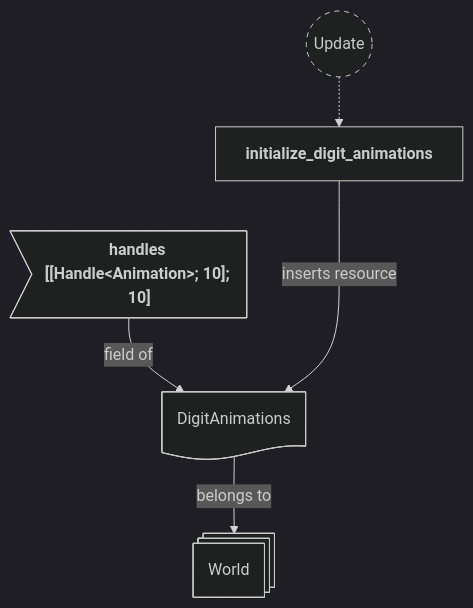
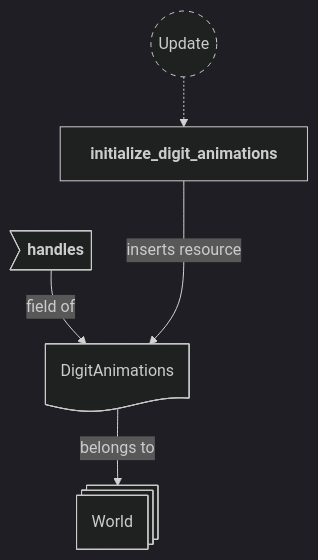
One commit to neurosoup/tyled changed diagram 22 of 26 in backlog/docs/doc-5 - 004-Animations-plugin.md. Above: the diagram before and after it, drawn with Mermaid. The commit also changed other lines of this file, not shown here.

Commit message:
Fix some schema errors

````diff
--- a/backlog/docs/doc-5 - 004-Animations-plugin.md
+++ b/backlog/docs/doc-5 - 004-Animations-plugin.md
@@ -805,24 +805,24 @@
 ```mermaid
 ---
 config:
   theme: dark
 ---
 
 flowchart TD
 classDef system-group stroke-dasharray: 5 5
 
 update(("`Update`")):::system-group
 initialize_digit_animations["`**initialize_digit_animations**`"]
 
 update -.-> initialize_digit_animations
 
 world@{ shape: st-rect, label: "World" }
 digit_anims_res@{ shape: doc, label: "DigitAnimations" }
 
-da_handles>"`**handles #91;#91;Handle#60;Animation#62;; 10#93;; 10#93;**`"]
+da_handles>"`**handles**`"]
 
 digit_anims_res --> |belongs to| world
 da_handles --> |field of| digit_anims_res
 
 initialize_digit_animations ---> |inserts resource| digit_anims_res
 ```
````
